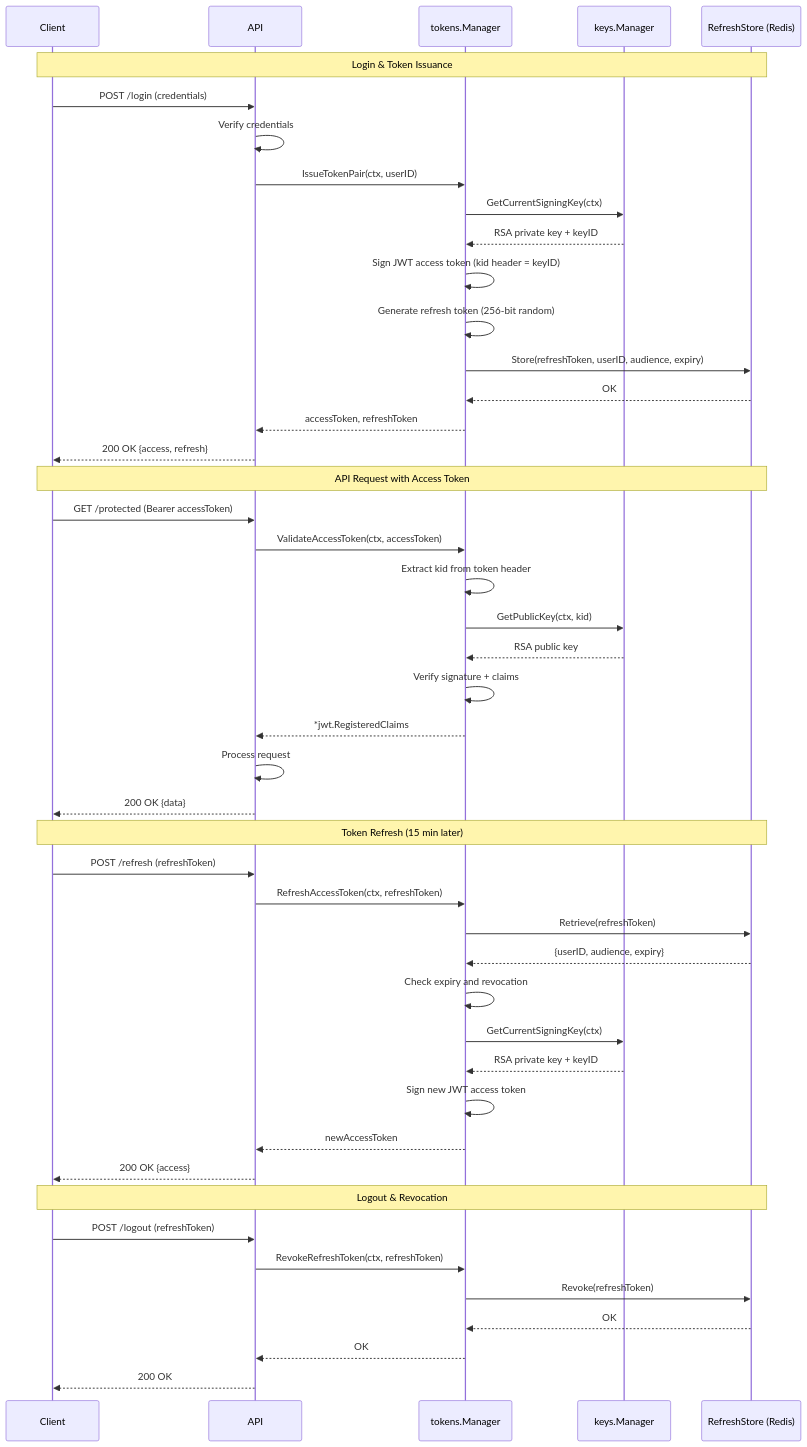
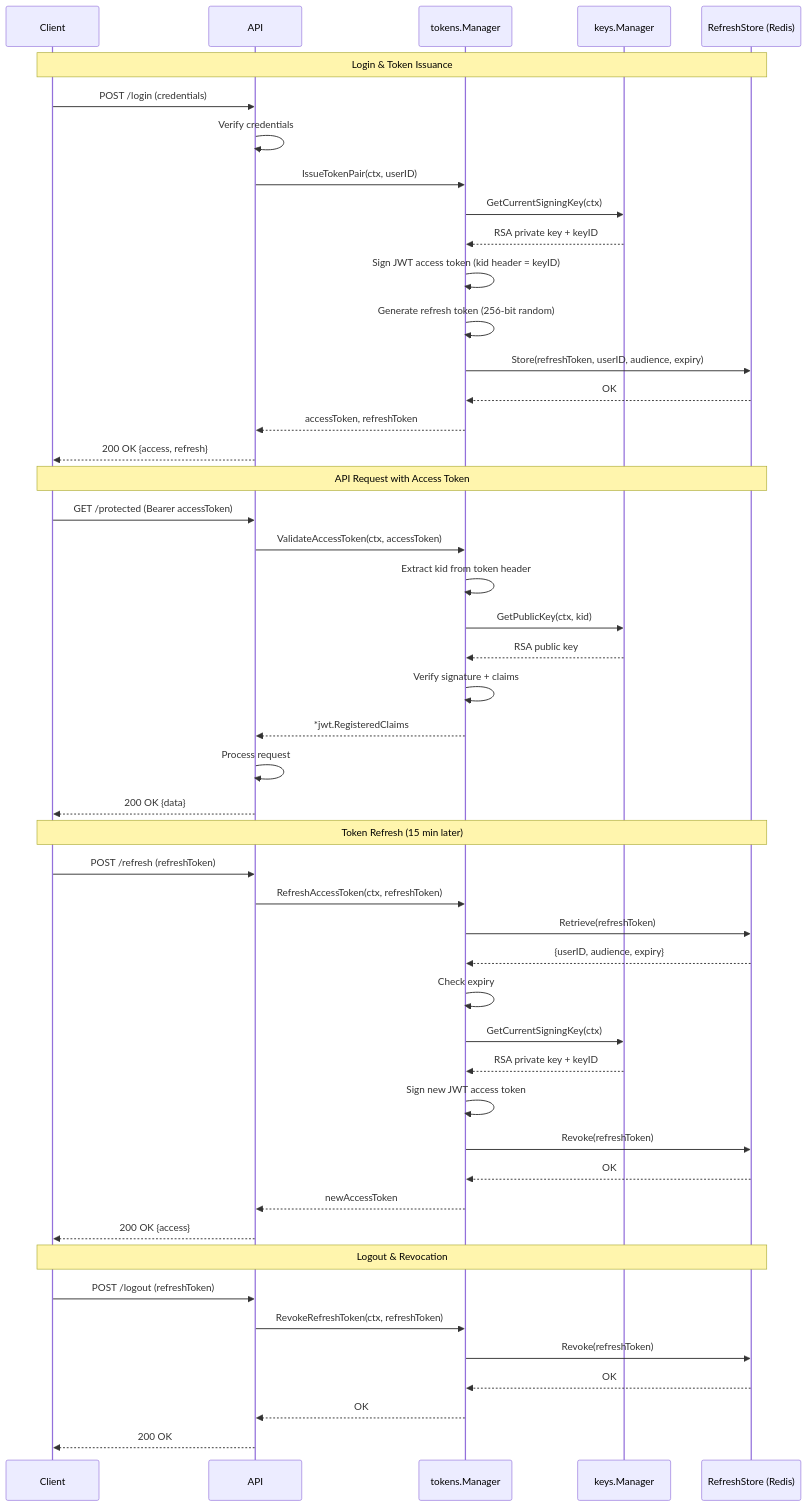
One commit to aetomala/jwtauth changed the third of 3 diagrams in README.md. Above: the diagram before and after it, drawn with Mermaid. The commit also changed other lines of this file and 3 other files, not shown here.

First line of the commit message:
fix(tokens): rotate refresh token on successful refresh (closes #195) (#199)

````diff
--- a/README.md
+++ b/README.md
@@ -658,56 +658,58 @@
 ```mermaid
 sequenceDiagram
     participant Client
     participant API
     participant Manager as tokens.Manager
     participant KeyMgr as keys.Manager
     participant Redis as RefreshStore (Redis)
 
     Note over Client,Redis: Login & Token Issuance
     
     Client->>API: POST /login (credentials)
     API->>API: Verify credentials
     API->>Manager: IssueTokenPair(ctx, userID)
     Manager->>KeyMgr: GetCurrentSigningKey(ctx)
     KeyMgr-->>Manager: RSA private key + keyID
     Manager->>Manager: Sign JWT access token (kid header = keyID)
     Manager->>Manager: Generate refresh token (256-bit random)
     Manager->>Redis: Store(refreshToken, userID, audience, expiry)
     Redis-->>Manager: OK
     Manager-->>API: accessToken, refreshToken
     API-->>Client: 200 OK {access, refresh}
 
     Note over Client,Redis: API Request with Access Token
     
     Client->>API: GET /protected (Bearer accessToken)
     API->>Manager: ValidateAccessToken(ctx, accessToken)
     Manager->>Manager: Extract kid from token header
     Manager->>KeyMgr: GetPublicKey(ctx, kid)
     KeyMgr-->>Manager: RSA public key
     Manager->>Manager: Verify signature + claims
     Manager-->>API: *jwt.RegisteredClaims
     API->>API: Process request
     API-->>Client: 200 OK {data}
 
     Note over Client,Redis: Token Refresh (15 min later)
     
     Client->>API: POST /refresh (refreshToken)
     API->>Manager: RefreshAccessToken(ctx, refreshToken)
     Manager->>Redis: Retrieve(refreshToken)
     Redis-->>Manager: {userID, audience, expiry}
-    Manager->>Manager: Check expiry and revocation
+    Manager->>Manager: Check expiry
     Manager->>KeyMgr: GetCurrentSigningKey(ctx)
     KeyMgr-->>Manager: RSA private key + keyID
     Manager->>Manager: Sign new JWT access token
+    Manager->>Redis: Revoke(refreshToken)
+    Redis-->>Manager: OK
     Manager-->>API: newAccessToken
     API-->>Client: 200 OK {access}
 
     Note over Client,Redis: Logout & Revocation
     
     Client->>API: POST /logout (refreshToken)
     API->>Manager: RevokeRefreshToken(ctx, refreshToken)
     Manager->>Redis: Revoke(refreshToken)
     Redis-->>Manager: OK
     Manager-->>API: OK
     API-->>Client: 200 OK
 ```
````
